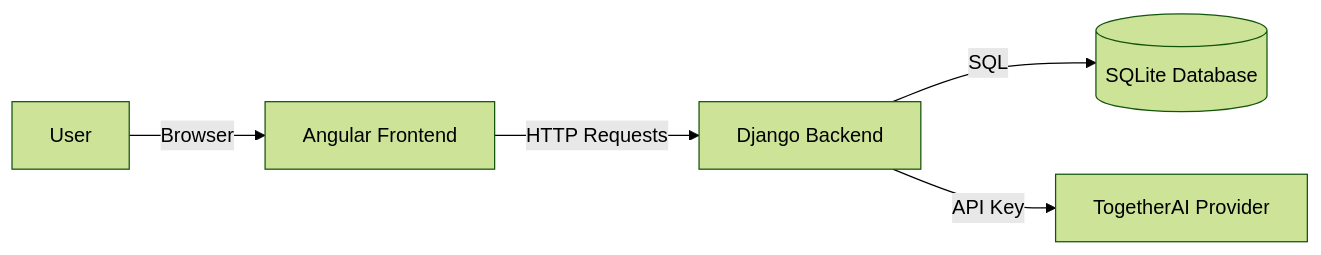
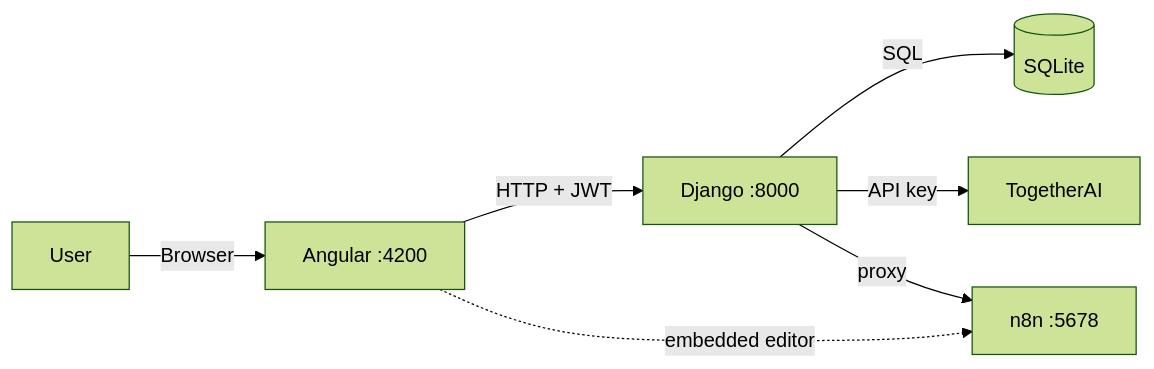
Before and after one commit to Fezzaioussama/AIMIx: the diagram in README.md, drawn with Mermaid (forest theme). The commit also changed other lines of this file, not shown here.

````diff
--- a/README.md
+++ b/README.md
@@ -15,7 +59,9 @@
 ```mermaid
 graph LR
-    User[User] -->|Browser| Frontend[Angular Frontend]
-    Frontend -->|HTTP Requests| Backend[Django Backend]
-    Backend -->|SQL| DB[(SQLite Database)]
-    Backend -->|API Key| AI[TogetherAI Provider]
+    User -->|Browser| FE["Angular :4200"]
+    FE -->|"HTTP + JWT"| BE["Django :8000"]
+    BE -->|SQL| DB[("SQLite")]
+    BE -->|API key| AI["TogetherAI"]
+    BE -->|"proxy"| N8N["n8n :5678"]
+    FE -.->|"embedded editor"| N8N
 ```
````
